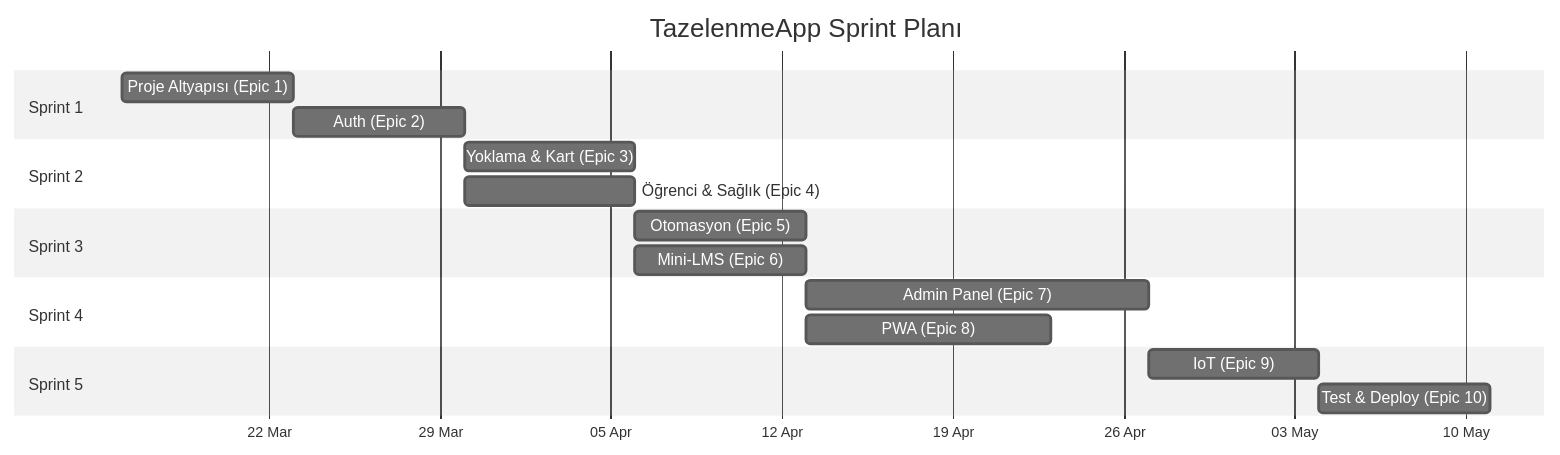
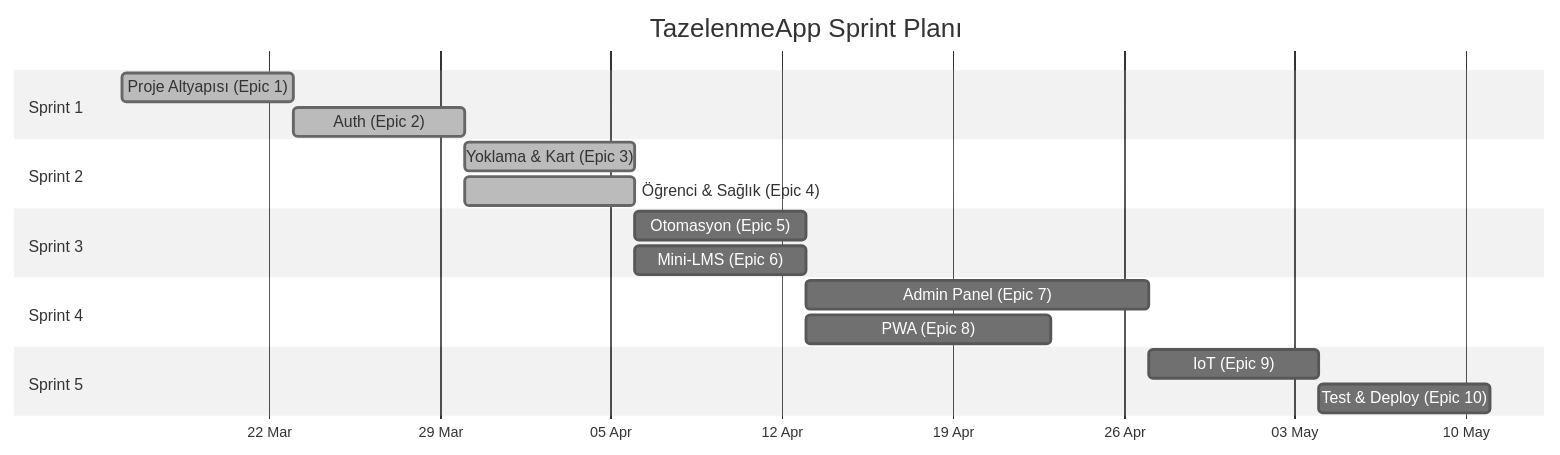
Before and after one commit to burakyalcin10/TazelenmeApp: the diagram in kanban_board.md, drawn with Mermaid (neutral theme). The commit also changed other lines of this file and 10 other files, not shown here.

First line of the commit message:
feat(sprint-2): implement Epic 3 (Yoklama & Kart) + Epic 4 (Öğrenci & Sağlık)

````diff
--- a/kanban_board.md
+++ b/kanban_board.md
@@ -173,26 +173,26 @@
 ```mermaid
 gantt
     title TazelenmeApp Sprint Planı
     dateFormat  YYYY-MM-DD
     axisFormat  %d %b
 
     section Sprint 1
-    Proje Altyapısı (Epic 1)     :s1e1, 2026-03-16, 7d
-    Auth (Epic 2)                :s1e2, after s1e1, 7d
+    Proje Altyapısı (Epic 1)     :done, s1e1, 2026-03-16, 7d
+    Auth (Epic 2)                :done, s1e2, after s1e1, 7d
 
     section Sprint 2
-    Yoklama & Kart (Epic 3)      :s2e3, after s1e2, 7d
-    Öğrenci & Sağlık (Epic 4)    :s2e4, after s1e2, 7d
+    Yoklama & Kart (Epic 3)      :done, s2e3, after s1e2, 7d
+    Öğrenci & Sağlık (Epic 4)    :done, s2e4, after s1e2, 7d
 
     section Sprint 3
     Otomasyon (Epic 5)           :s3e5, after s2e3, 7d
     Mini-LMS (Epic 6)            :s3e6, after s2e4, 7d
 
     section Sprint 4
     Admin Panel (Epic 7)         :s4e7, after s3e5, 14d
     PWA (Epic 8)                 :s4e8, after s3e6, 10d
 
     section Sprint 5
     IoT (Epic 9)                 :s5e9, after s4e7, 7d
     Test & Deploy (Epic 10)      :s5e10, after s5e9, 7d
 ```
````
